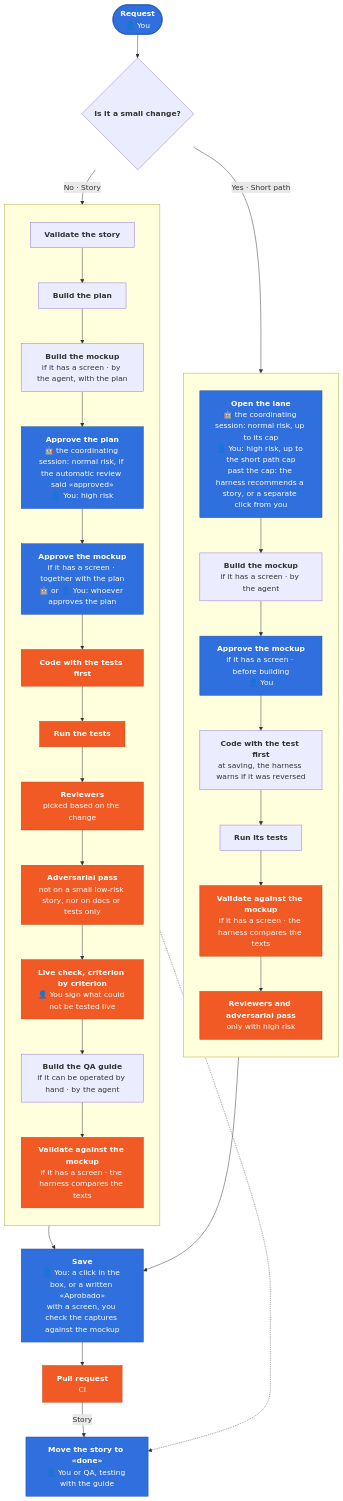
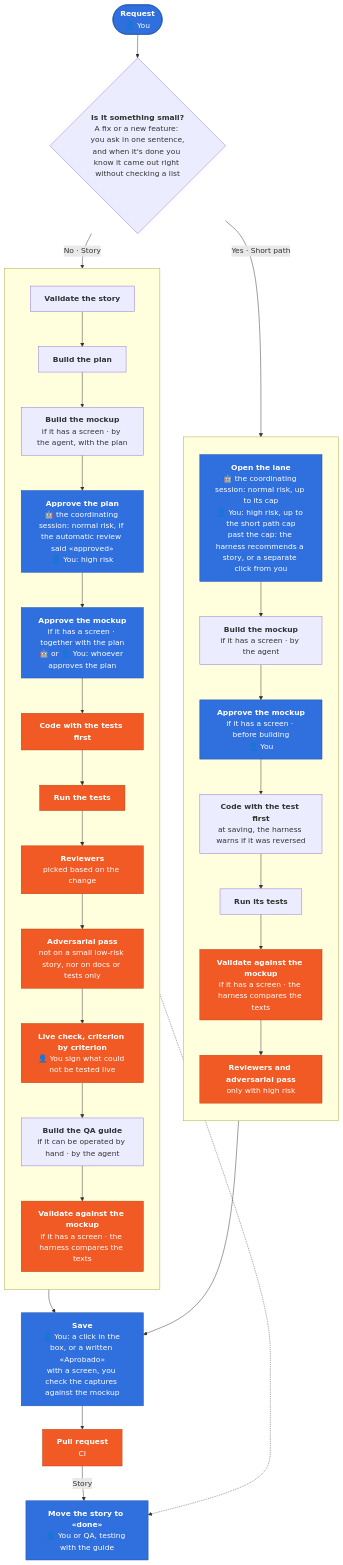
Before and after one commit to TYCON-SA/tycon-harness: the diagram in README.md, drawn with Mermaid. The commit also changed other lines of this file and 4 other files, not shown here.

````diff
--- a/README.md
+++ b/README.md
@@ -67,38 +69,38 @@
 ```mermaid
 flowchart TB
-  pedir(["<b>Request</b><br/>👤 You"]) --> chico{"<b>Is it a small change?</b>"}
+  pedir(["<b>Request</b><br/>👤 You"]) --> chico{"<b>Is it something small?</b><br/>A fix or a new feature: you ask in one sentence,<br/>and when it's done you know it came out right without checking a list"}
   chico -- "Yes · Short path" --> r1
   chico -- "No · Story" --> h1
   subgraph corto [" "]
     direction TB
     r1["<b>Open the lane</b><br/>🤖 the coordinating session: normal risk, up to its cap<br/>👤 You: high risk, up to the short path cap<br/>past the cap: the harness recommends a story, or a separate click from you"] --> r0m["<b>Build the mockup</b><br/>if it has a screen · by the agent"]
     r0m --> r1m["<b>Approve the mockup</b><br/>if it has a screen · before building<br/>👤 You"]
     r1m --> r2["<b>Code with the test first</b><br/>at saving, the harness warns if it was reversed"]
     r2 --> r3["<b>Run its tests</b>"]
     r3 --> r3c["<b>Validate against the mockup</b><br/>if it has a screen · the harness compares the texts"]
     r3c --> r4["<b>Reviewers and adversarial pass</b><br/>only with high risk"]
   end
   subgraph historia [" "]
     direction TB
     h1["<b>Validate the story</b>"] --> h2["<b>Build the plan</b>"]
     h2 --> h2m["<b>Build the mockup</b><br/>if it has a screen · by the agent, with the plan"]
     h2m --> h3["<b>Approve the plan</b><br/>🤖 the coordinating session: normal risk, if the automatic review said «approved»<br/>👤 You: high risk"]
     h3 --> h3m["<b>Approve the mockup</b><br/>if it has a screen · together with the plan<br/>🤖 or 👤 You: whoever approves the plan"]
     h3m --> h4["<b>Code with the tests first</b>"]
     h4 --> h5["<b>Run the tests</b>"]
     h5 --> h6["<b>Reviewers</b><br/>picked based on the change"]
     h6 --> h7["<b>Adversarial pass</b><br/>not on a small low-risk story, nor on docs or tests only"]
     h7 --> h8["<b>Live check, criterion by criterion</b><br/>👤 You sign what could not be tested live"]
     h8 --> hq["<b>Build the QA guide</b><br/>if it can be operated by hand · by the agent"]
     hq --> h9["<b>Validate against the mockup</b><br/>if it has a screen · the harness compares the texts"]
   end
   r4 --> g1["<b>Save</b><br/>👤 You: a click in the box, or a written «Aprobado»<br/>with a screen, you check the captures against the mockup"]
   h9 --> g1
   g1 --> g2["<b>Pull request</b><br/>CI"]
   g2 -- "Story" --> g3["<b>Move the story to «done»</b><br/>👤 You or QA, testing with the guide"]
   hq -.-> g3
   classDef decide fill:#2f6fde,stroke:#1f4fa8,color:#ffffff
   classDef control fill:#F15A24,stroke:#b8410f,color:#ffffff
   class pedir,r1,r1m,h3,h3m,g1,g3 decide
   class r3c,r4,h4,h5,h6,h7,h8,h9,g2 control
 ```
````
